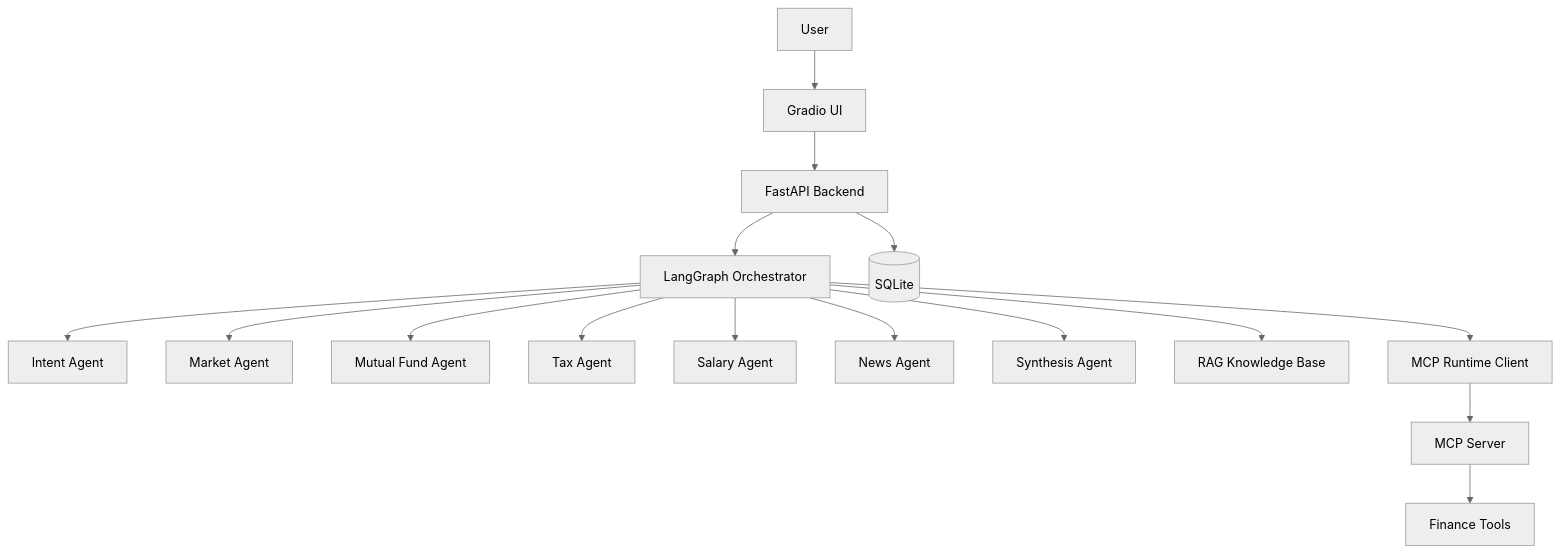
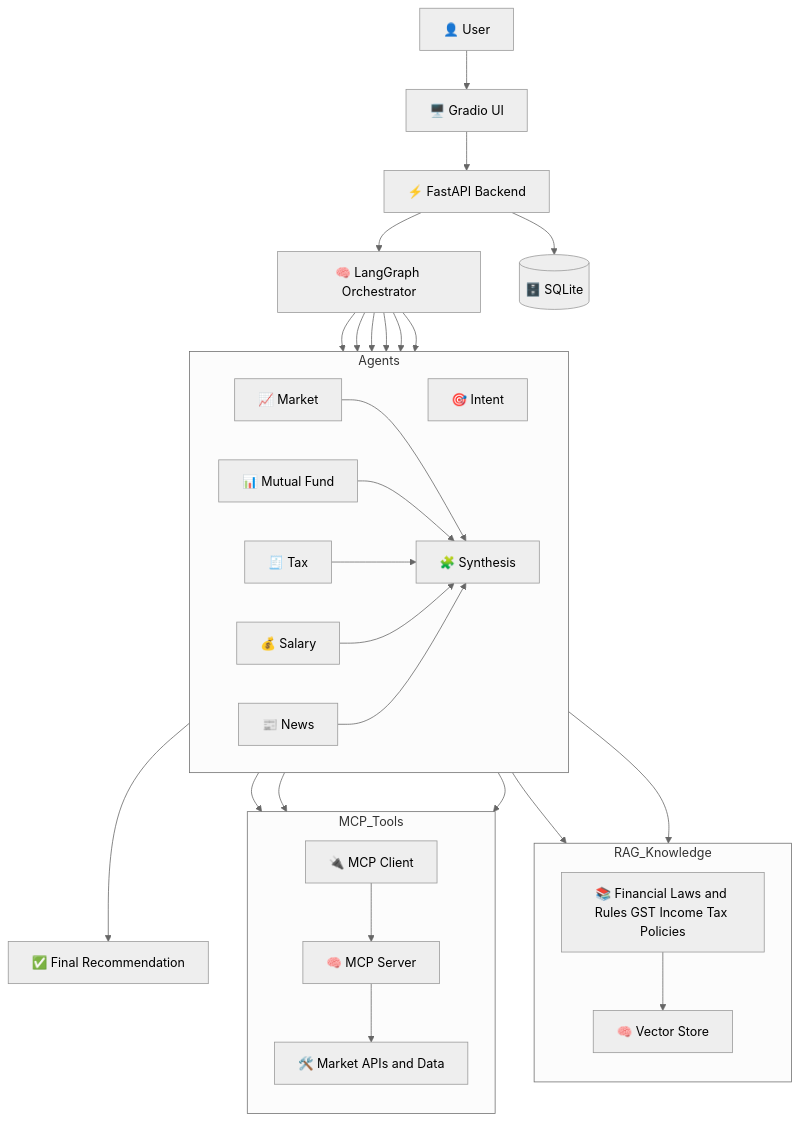
The diagram in README.md (Kukilbharadwaj/FinSage-Multi-Agent-Financial-Intelligence-System), drawn with Mermaid (neutral theme) before and after one commit. The commit also changed other lines of this file, not shown here.

````diff
--- a/README.md
+++ b/README.md
@@ -23,21 +23,65 @@
 ```mermaid
-graph TD
-        User[User] --> UI[Gradio UI]
-        UI --> API[FastAPI Backend]
-        API --> Graph[LangGraph Orchestrator]
+graph TB
 
-        Graph --> Intent[Intent Agent]
-        Graph --> Market[Market Agent]
-        Graph --> MF[Mutual Fund Agent]
-        Graph --> Tax[Tax Agent]
-        Graph --> Salary[Salary Agent]
-        Graph --> News[News Agent]
-        Graph --> Synthesis[Synthesis Agent]
+    %% USER FLOW
+    User[👤 User] --> UI[🖥️ Gradio UI]
+    UI --> API[⚡ FastAPI Backend]
+    API --> Orchestrator[🧠 LangGraph Orchestrator]
 
-        Graph --> RAG[RAG Knowledge Base]
-        Graph --> MCPClient[MCP Runtime Client]
-        MCPClient --> MCPServer[MCP Server]
-        MCPServer --> Tools[Finance Tools]
+    %% AGENTS
+    subgraph Agents
+        direction LR
+        Intent[🎯 Intent]
+        Market[📈 Market]
+        MF[📊 Mutual Fund]
+        Tax[🧾 Tax]
+        Salary[💰 Salary]
+        News[📰 News]
+        Synthesis[🧩 Synthesis]
+    end
 
-        API --> DB[(SQLite)]
+    Orchestrator --> Intent
+    Orchestrator --> Market
+    Orchestrator --> MF
+    Orchestrator --> Tax
+    Orchestrator --> Salary
+    Orchestrator --> News
+
+    %% FLOW TO SYNTHESIS
+    Market --> Synthesis
+    MF --> Synthesis
+    Tax --> Synthesis
+    Salary --> Synthesis
+    News --> Synthesis
+
+    Synthesis --> Response[✅ Final Recommendation]
+
+    %% RAG (LAW + KNOWLEDGE)
+    subgraph RAG_Knowledge
+        direction TB
+        Docs[📚 Financial Laws and Rules GST Income Tax Policies]
+        VectorDB[🧠 Vector Store]
+    end
+
+    Tax --> Docs
+    Salary --> Docs
+    Docs --> VectorDB
+
+    %% MCP (REAL-TIME DATA)
+    subgraph MCP_Tools
+        direction TB
+        MCPClient[🔌 MCP Client]
+        MCPServer[🧠 MCP Server]
+        Tools[🛠️ Market APIs and Data]
+    end
+
+    Market --> MCPClient
+    MF --> MCPClient
+    News --> MCPClient
+
+    MCPClient --> MCPServer
+    MCPServer --> Tools
+
+    %% STORAGE
+    API --> DB[(🗄️ SQLite)]
 ```
````
